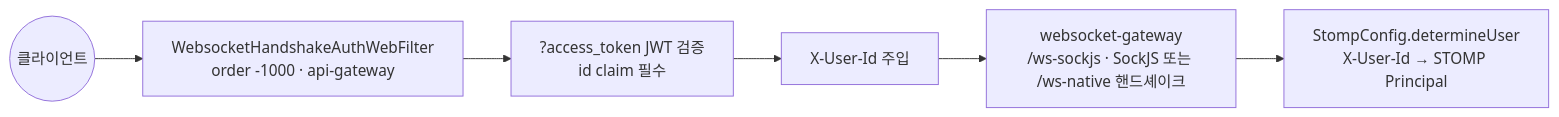
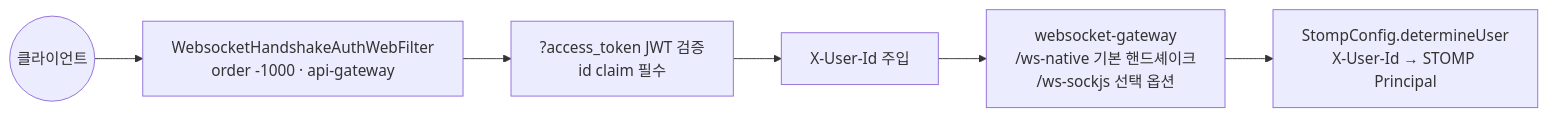
One commit to noah0504789/crypto-project-backend changed the eighth of 17 diagrams in docs/SERVICE_FLOWS.md. Above: the diagram before and after it, drawn with Mermaid. The commit also changed 7 other files, not shown here.

````diff
--- a/docs/SERVICE_FLOWS.md
+++ b/docs/SERVICE_FLOWS.md
@@ -185,11 +185,11 @@
 ```mermaid
 graph LR
   C(("클라이언트"))
   F["WebsocketHandshakeAuthWebFilter<br/>order -1000 · api-gateway"]
   V["?access_token JWT 검증<br/>id claim 필수"]
   H["X-User-Id 주입"]
-  WS["websocket-gateway<br/>/ws-sockjs · SockJS 또는 /ws-native 핸드셰이크"]
+  WS["websocket-gateway<br/>/ws-native 기본 핸드셰이크<br/>/ws-sockjs 선택 옵션"]
   PR["StompConfig.determineUser<br/>X-User-Id → STOMP Principal"]
 
   C --> F --> V --> H --> WS --> PR
 ```
````
